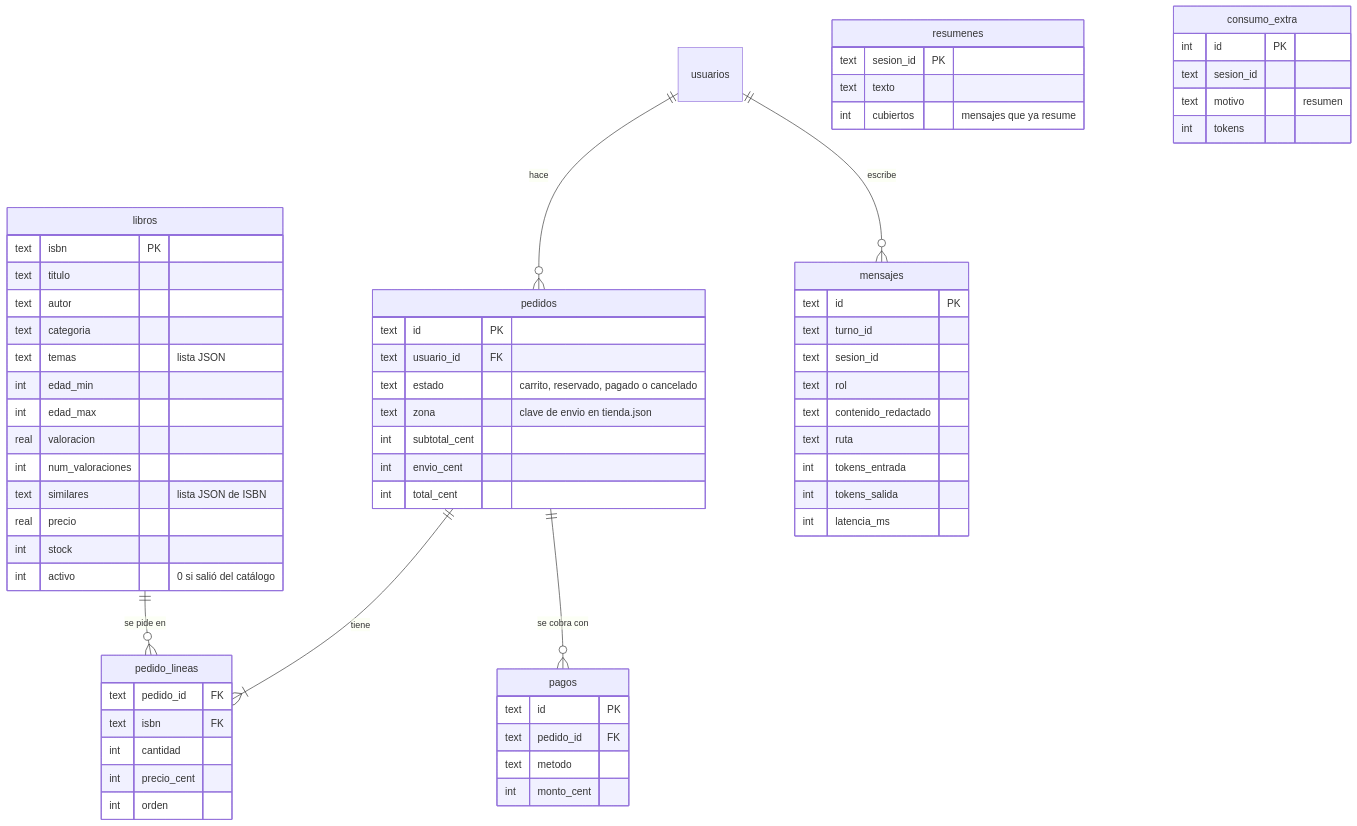
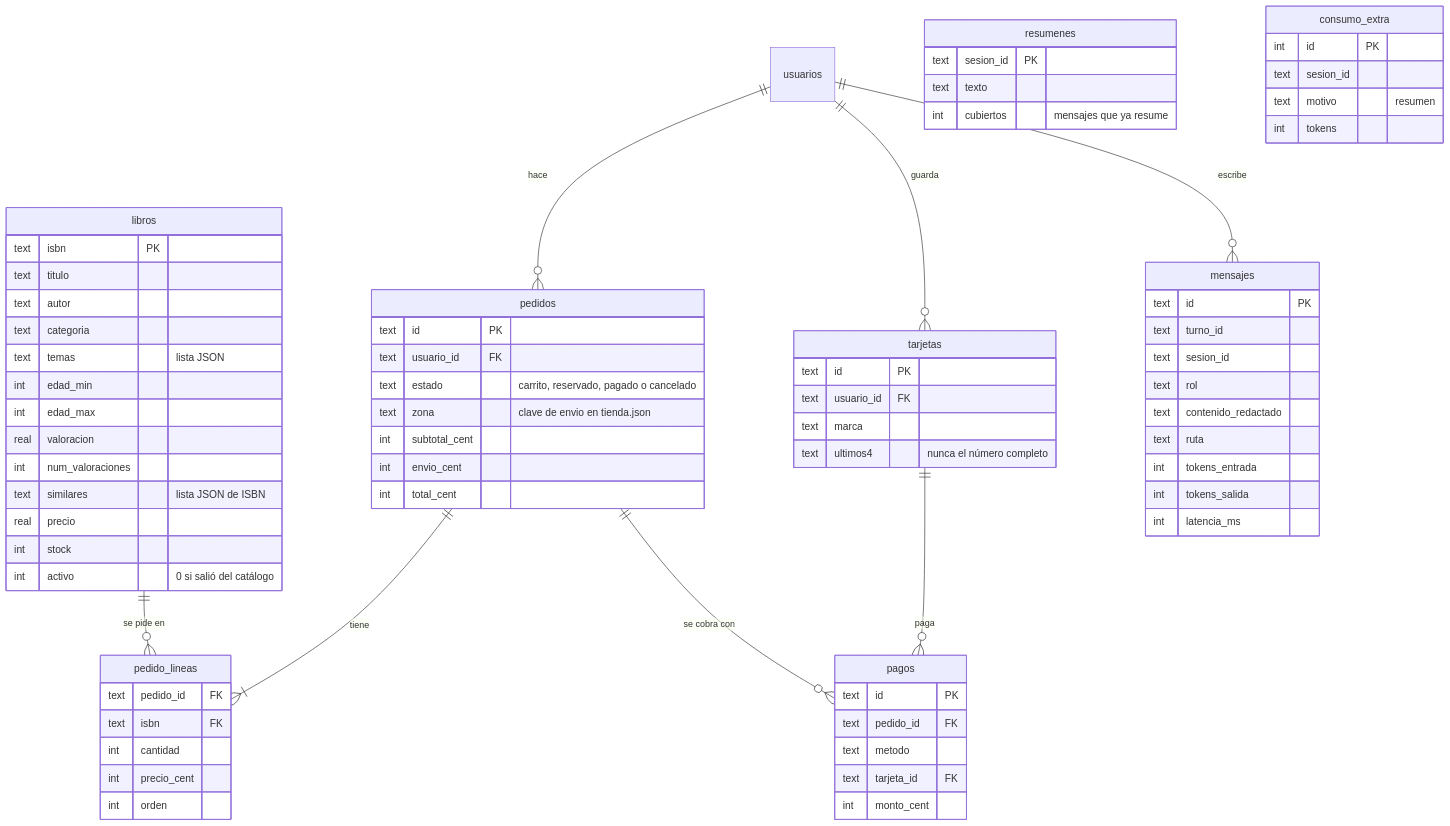
The fourth of 4 diagrams in docs/arquitectura.md (MechatronicCoder/chatbot-llm-rag), drawn with Mermaid before and after one commit. The commit also changed other lines of this file and 35 other files, not shown here.

First line of the commit message:
fix: el bot no cobra y la tienda guarda tarjetas seguras (#25)

````diff
--- a/docs/arquitectura.md
+++ b/docs/arquitectura.md
@@ -161,67 +161,76 @@
 ```mermaid
 erDiagram
     libros ||--o{ pedido_lineas : "se pide en"
     pedidos ||--|{ pedido_lineas : "tiene"
     usuarios ||--o{ pedidos : "hace"
     pedidos ||--o{ pagos : "se cobra con"
+    usuarios ||--o{ tarjetas : "guarda"
+    tarjetas ||--o{ pagos : "paga"
     usuarios ||--o{ mensajes : "escribe"
     libros {
         text isbn PK
         text titulo
         text autor
         text categoria
         text temas "lista JSON"
         int edad_min
         int edad_max
         real valoracion
         int num_valoraciones
         text similares "lista JSON de ISBN"
         real precio
         int stock
         int activo "0 si salió del catálogo"
     }
     pedidos {
         text id PK
         text usuario_id FK
         text estado "carrito, reservado, pagado o cancelado"
         text zona "clave de envio en tienda.json"
         int subtotal_cent
         int envio_cent
         int total_cent
     }
     pedido_lineas {
         text pedido_id FK
         text isbn FK
         int cantidad
         int precio_cent
         int orden
     }
     pagos {
         text id PK
         text pedido_id FK
         text metodo
+        text tarjeta_id FK
         int monto_cent
+    }
+    tarjetas {
+        text id PK
+        text usuario_id FK
+        text marca
+        text ultimos4 "nunca el número completo"
     }
     mensajes {
         text id PK
         text turno_id
         text sesion_id
         text rol
         text contenido_redactado
         text ruta
         int tokens_entrada
         int tokens_salida
         int latencia_ms
     }
     resumenes {
         text sesion_id PK
         text texto
         int cubiertos "mensajes que ya resume"
     }
     consumo_extra {
         int id PK
         text sesion_id
         text motivo "resumen"
         int tokens
     }
 ```
````
